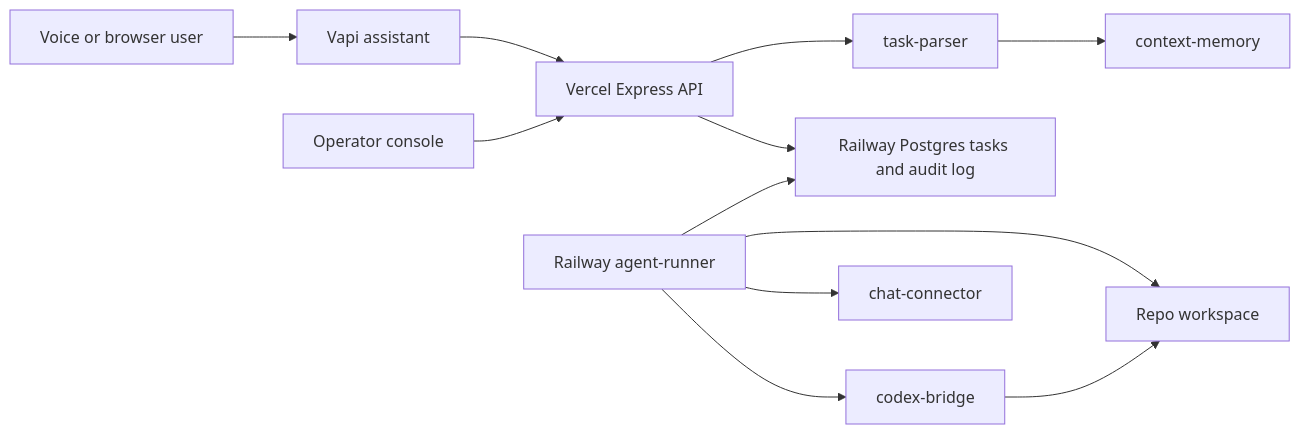
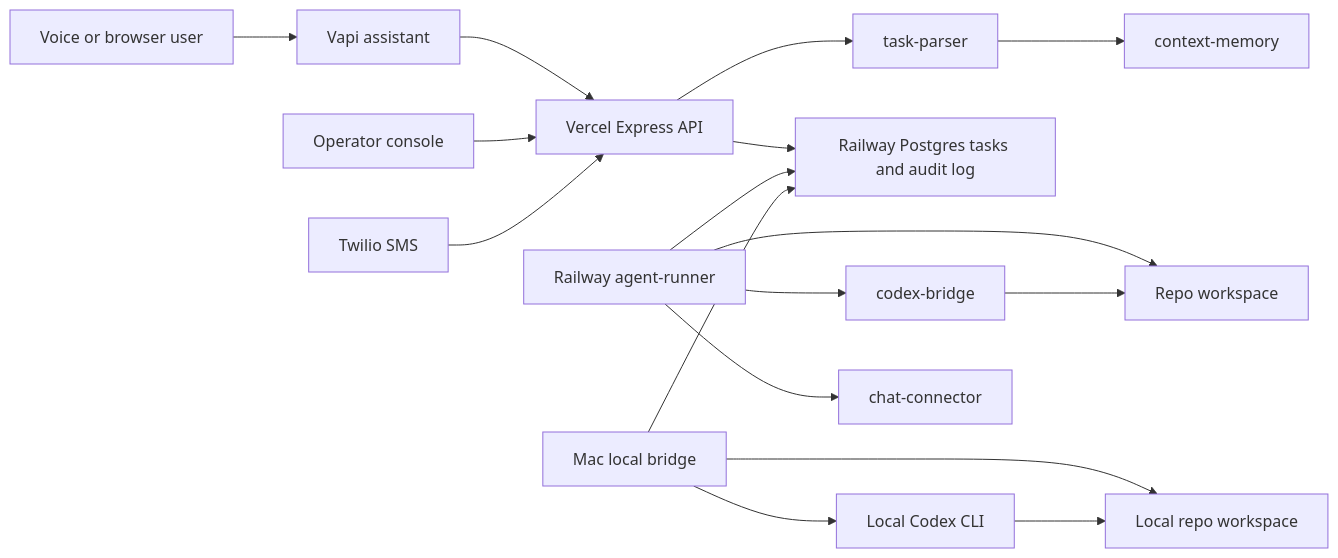
The diagram in README.md (blakeburby/CallAI), drawn with Mermaid before and after one commit. The commit also changed other lines of this file and 22 other files, not shown here.

Commit message:
Add local Codex bridge and SMS control

````diff
--- a/README.md
+++ b/README.md
@@ -7,14 +7,19 @@
 ```mermaid
 flowchart LR
   User["Voice or browser user"] --> Vapi["Vapi assistant"]
   Vapi --> API["Vercel Express API"]
   Browser["Operator console"] --> API
+  SMS["Twilio SMS"] --> API
   API --> Parser["task-parser"]
   Parser --> Memory["context-memory"]
   API --> RailwayDB["Railway Postgres tasks and audit log"]
   Runner["Railway agent-runner"] --> RailwayDB
+  MacBridge["Mac local bridge"] --> RailwayDB
   Runner --> Repo["Repo workspace"]
+  MacBridge --> LocalRepo["Local repo workspace"]
   Runner --> Codex["codex-bridge"]
+  MacBridge --> LocalCodex["Local Codex CLI"]
   Codex --> Repo
+  LocalCodex --> LocalRepo
   Runner --> Chat["chat-connector"]
 ```
````
